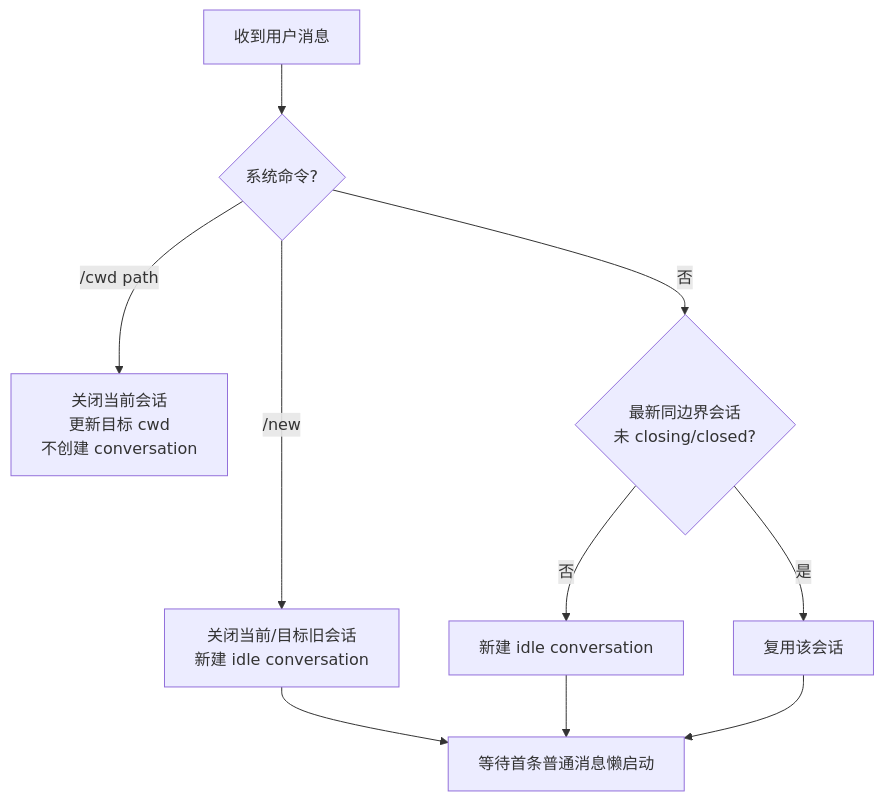
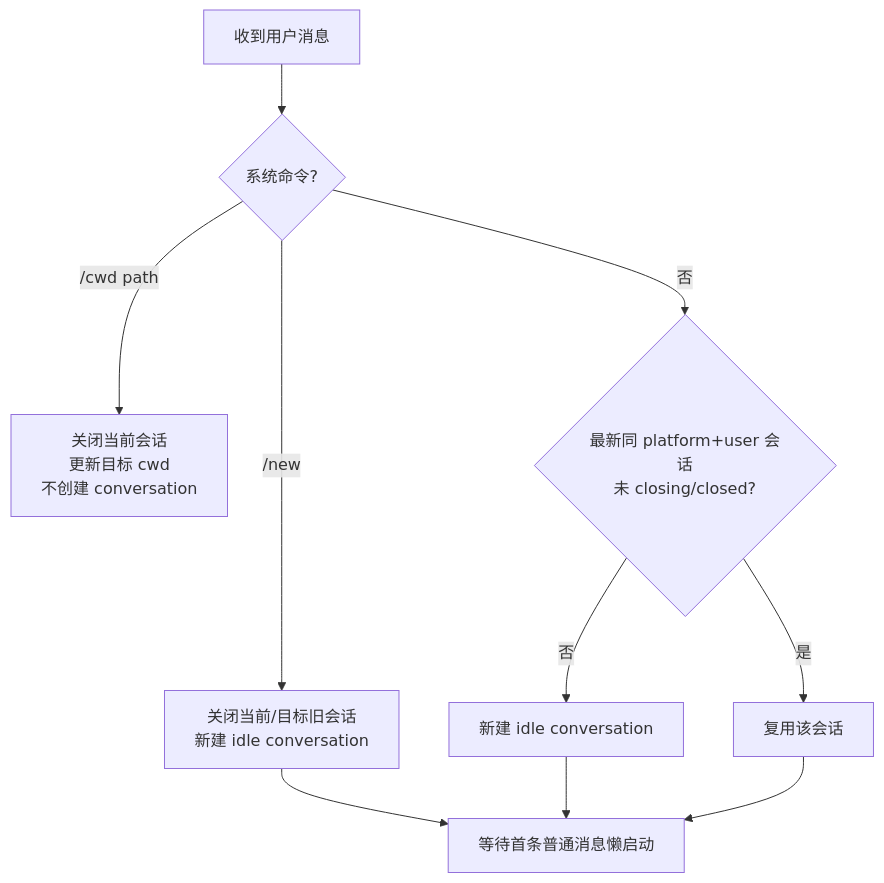
One commit to ygq-future/ai-cli-hub changed the seventh of 15 diagrams in docs/02-Architecture.md. Above: the diagram before and after it, drawn with Mermaid. The commit also changed other lines of this file and 12 other files, not shown here.

````diff
--- a/docs/02-Architecture.md
+++ b/docs/02-Architecture.md
@@ -374,12 +377,12 @@
 ```mermaid
 flowchart TD
     MSG[收到用户消息] --> CMD{系统命令?}
     CMD -->|/cwd path| CLOSESET[关闭当前会话<br/>更新目标 cwd<br/>不创建 conversation]
     CMD -->|/new| CLOSENEW[关闭当前/目标旧会话<br/>新建 idle conversation]
-    CMD -->|否| FIND{最新同边界会话<br/>未 closing/closed?}
+    CMD -->|否| FIND{最新同 platform+user 会话<br/>未 closing/closed?}
     FIND -->|是| REUSE[复用该会话]
     FIND -->|否| CREATE[新建 idle conversation]
     CLOSENEW --> RUN[等待首条普通消息懒启动]
     CREATE --> RUN
     REUSE --> RUN
 ```
````
